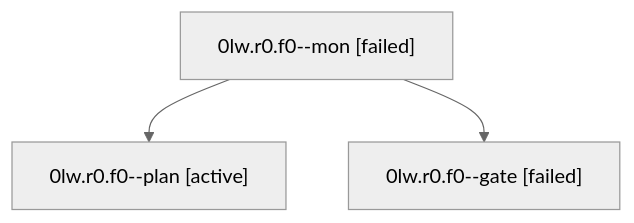
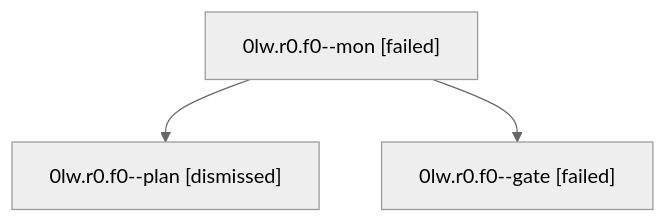
Before and after one commit to sase-org/sase--agents: the diagram in sessions/bbugyi200.athena.0lw.r0.f0.md, drawn with Mermaid (neutral theme). The commit also changed other lines of this file and 42 other files, not shown here.

````diff
--- a/sessions/bbugyi200.athena.0lw.r0.f0.md
+++ b/sessions/bbugyi200.athena.0lw.r0.f0.md
@@ -9,8 +9,8 @@
 ```mermaid
 flowchart TD
   n0["0lw.r0.f0--mon [failed]"]
-  n1["0lw.r0.f0--plan [active]"]
+  n1["0lw.r0.f0--plan [dismissed]"]
   n0 --> n1
   n2["0lw.r0.f0--gate [failed]"]
   n0 --> n2
 ```
````
